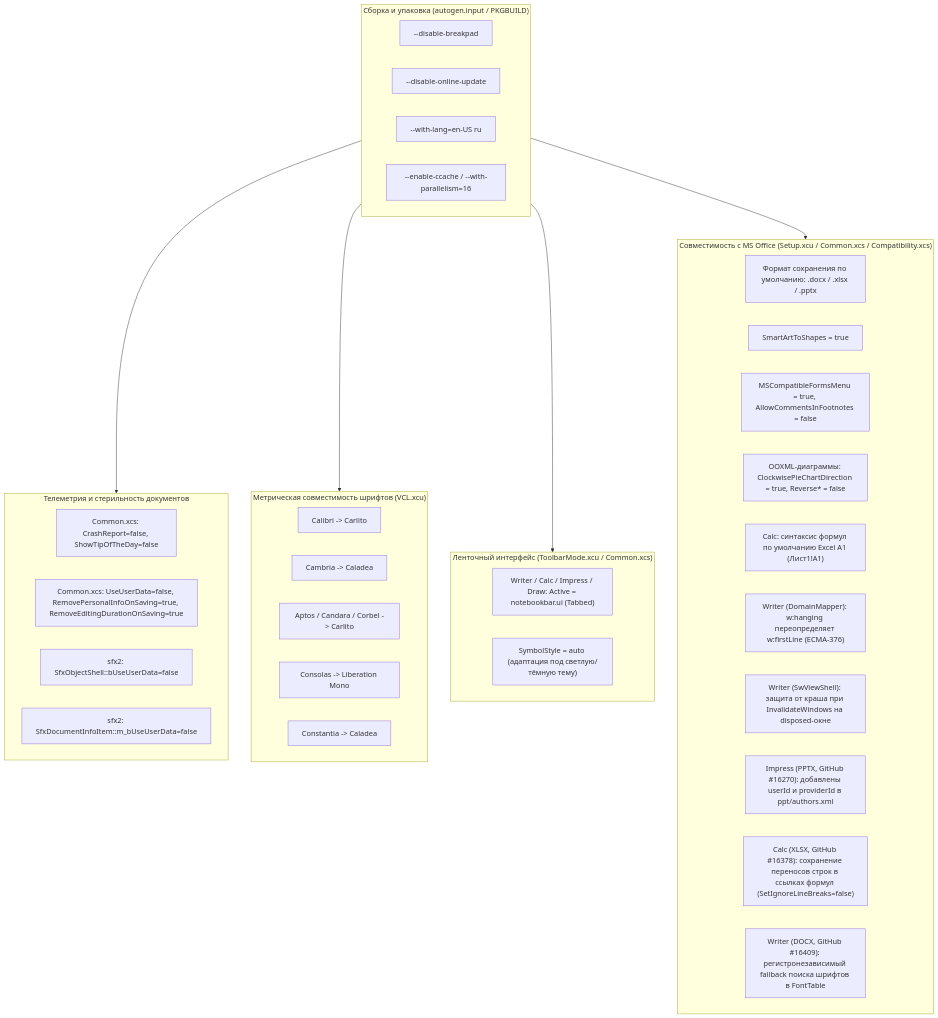
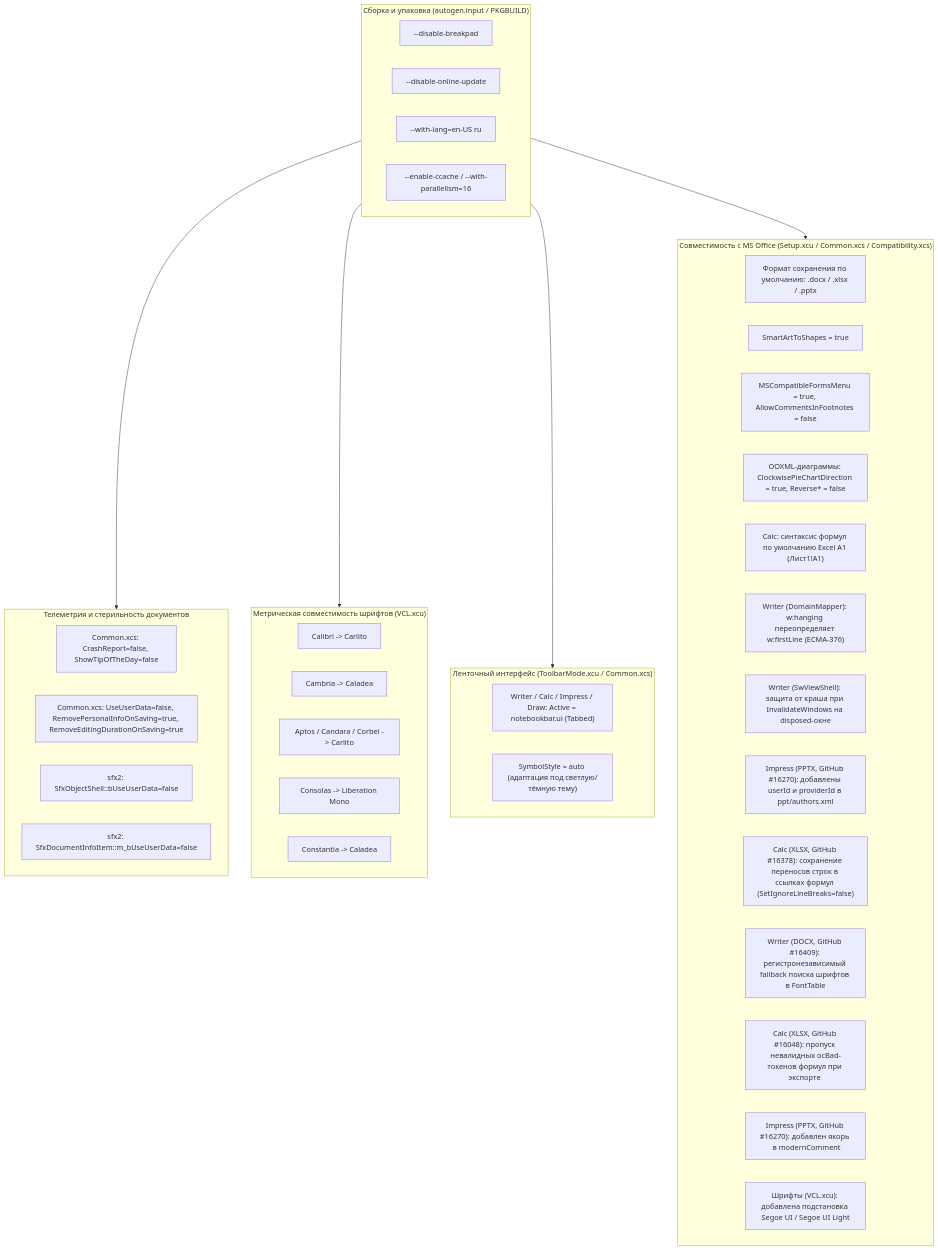
One commit to Utkautka1/libreoffice-mscompat_-fork- changed the diagram in docs/UML.md. Above: the diagram before and after it, drawn with Mermaid. The commit also changed 4 other files, not shown here.

Commit message:
fix(sc,sd,vcl): skip ocBad (#16048), add p188:pos (#16270), add Segoe UI

````diff
--- a/docs/UML.md
+++ b/docs/UML.md
@@ -5,47 +5,50 @@
 ```mermaid
 flowchart TD
     subgraph Build["Сборка и упаковка (autogen.input / PKGBUILD)"]
         A1["--disable-breakpad"]
         A2["--disable-online-update"]
         A3["--with-lang=en-US ru"]
         A4["--enable-ccache / --with-parallelism=16"]
     end
 
     subgraph Privacy["Телеметрия и стерильность документов"]
         P1["Common.xcs: CrashReport=false, ShowTipOfTheDay=false"]
         P2["Common.xcs: UseUserData=false, RemovePersonalInfoOnSaving=true, RemoveEditingDurationOnSaving=true"]
         P3["sfx2: SfxObjectShell::bUseUserData=false"]
         P4["sfx2: SfxDocumentInfoItem::m_bUseUserData=false"]
     end
 
     subgraph Fonts["Метрическая совместимость шрифтов (VCL.xcu)"]
         F1["Calibri -> Carlito"]
         F2["Cambria -> Caladea"]
         F3["Aptos / Candara / Corbel -> Carlito"]
         F4["Consolas -> Liberation Mono"]
         F5["Constantia -> Caladea"]
     end
 
     subgraph UI["Ленточный интерфейс (ToolbarMode.xcu / Common.xcs)"]
         U1["Writer / Calc / Impress / Draw: Active = notebookbar.ui (Tabbed)"]
         U2["SymbolStyle = auto (адаптация под светлую/тёмную тему)"]
     end
 
     subgraph MSCompat["Совместимость с MS Office (Setup.xcu / Common.xcs / Compatibility.xcs)"]
         M1["Формат сохранения по умолчанию: .docx / .xlsx / .pptx"]
         M2["SmartArtToShapes = true"]
         M3["MSCompatibleFormsMenu = true, AllowCommentsInFootnotes = false"]
         M4["OOXML-диаграммы: ClockwisePieChartDirection = true, Reverse* = false"]
         M5["Calc: синтаксис формул по умолчанию Excel A1 (Лист1!A1)"]
         M6["Writer (DomainMapper): w:hanging переопределяет w:firstLine (ECMA-376)"]
         M7["Writer (SwViewShell): защита от краша при InvalidateWindows на disposed-окне"]
         M8["Impress (PPTX, GitHub #16270): добавлены userId и providerId в ppt/authors.xml"]
         M9["Calc (XLSX, GitHub #16378): сохранение переносов строк в ссылках формул (SetIgnoreLineBreaks=false)"]
         M10["Writer (DOCX, GitHub #16409): регистронезависимый fallback поиска шрифтов в FontTable"]
+        M11["Calc (XLSX, GitHub #16048): пропуск невалидных ocBad-токенов формул при экспорте <f>"]
+        M12["Impress (PPTX, GitHub #16270): добавлен якорь <p188:pos> в modernComment"]
+        M13["Шрифты (VCL.xcu): добавлена подстановка Segoe UI / Segoe UI Light"]
     end
 
     Build --> Privacy
     Build --> Fonts
     Build --> UI
     Build --> MSCompat
 ```
````
